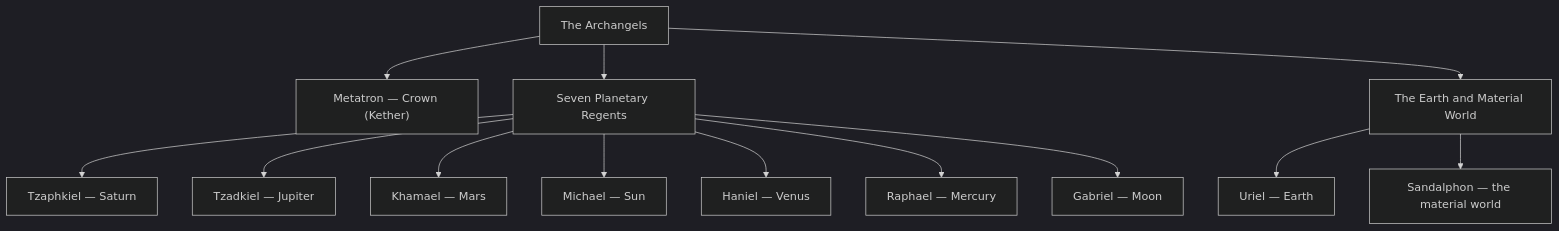
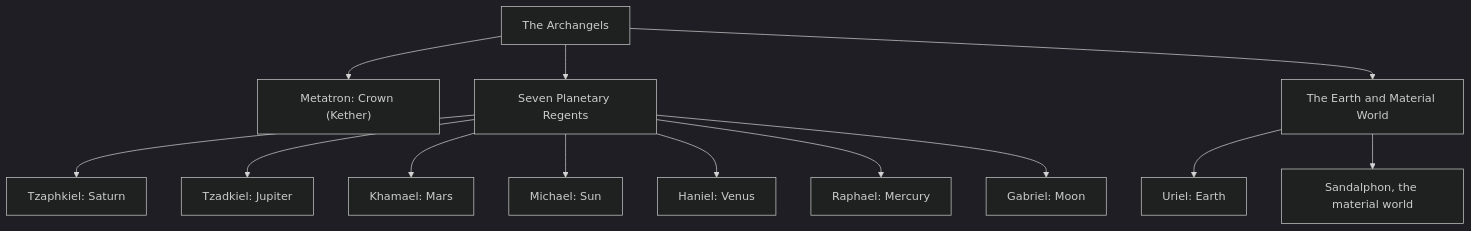
The diagram in data/knowledge/angels-and-demons/angels/archangels.md (kennethreitz/kennethreitz.org), drawn with Mermaid (dark theme) before and after one commit. The commit also changed other lines of this file and 879 other files, not shown here.

````diff
--- a/data/knowledge/angels-and-demons/angels/archangels.md
+++ b/data/knowledge/angels-and-demons/angels/archangels.md
@@ -23,16 +23,16 @@
 ```mermaid
 flowchart TD
     A["The Archangels"]
-    A --> K["Metatron — Crown (Kether)"]
+    A --> K["Metatron: Crown (Kether)"]
     A --> P["Seven Planetary Regents"]
     A --> E["The Earth and Material World"]
-    P --> Sa["Tzaphkiel — Saturn"]
-    P --> Ju["Tzadkiel — Jupiter"]
-    P --> Mr["Khamael — Mars"]
-    P --> Su["Michael — Sun"]
-    P --> Ve["Haniel — Venus"]
-    P --> Me["Raphael — Mercury"]
-    P --> Mo["Gabriel — Moon"]
-    E --> Ur["Uriel — Earth"]
-    E --> Sn["Sandalphon — the material world"]
+    P --> Sa["Tzaphkiel: Saturn"]
+    P --> Ju["Tzadkiel: Jupiter"]
+    P --> Mr["Khamael: Mars"]
+    P --> Su["Michael: Sun"]
+    P --> Ve["Haniel: Venus"]
+    P --> Me["Raphael: Mercury"]
+    P --> Mo["Gabriel: Moon"]
+    E --> Ur["Uriel: Earth"]
+    E --> Sn["Sandalphon, the material world"]
 ```
````
